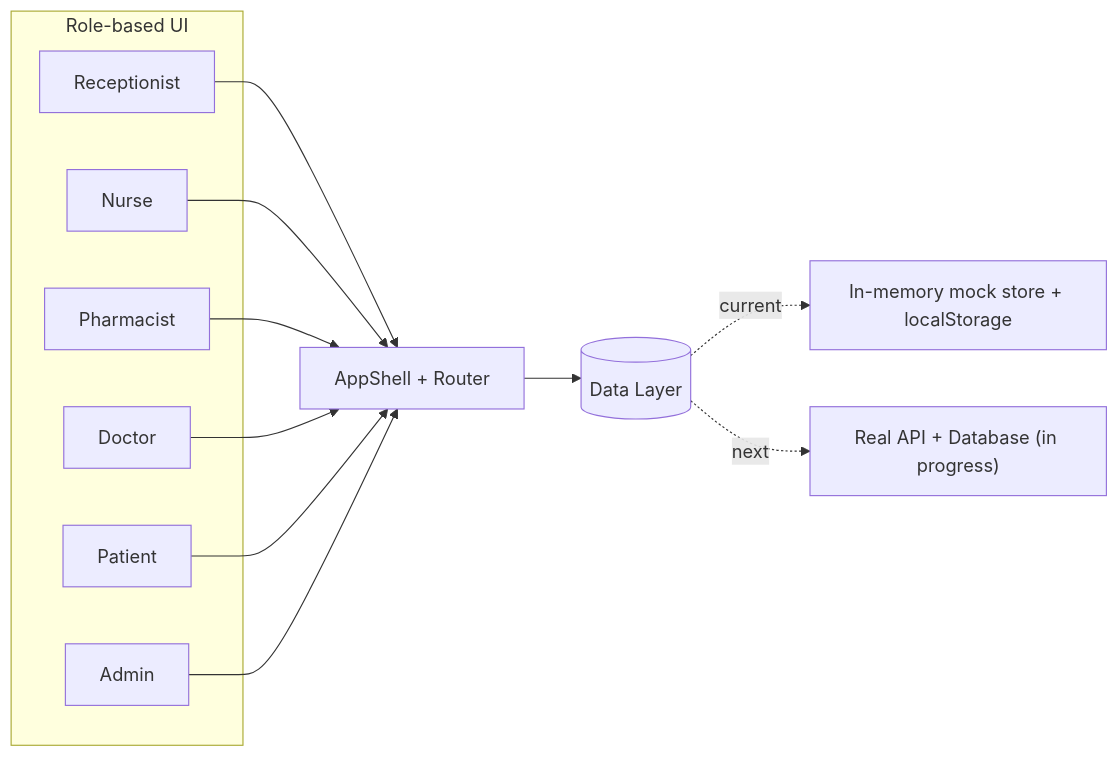
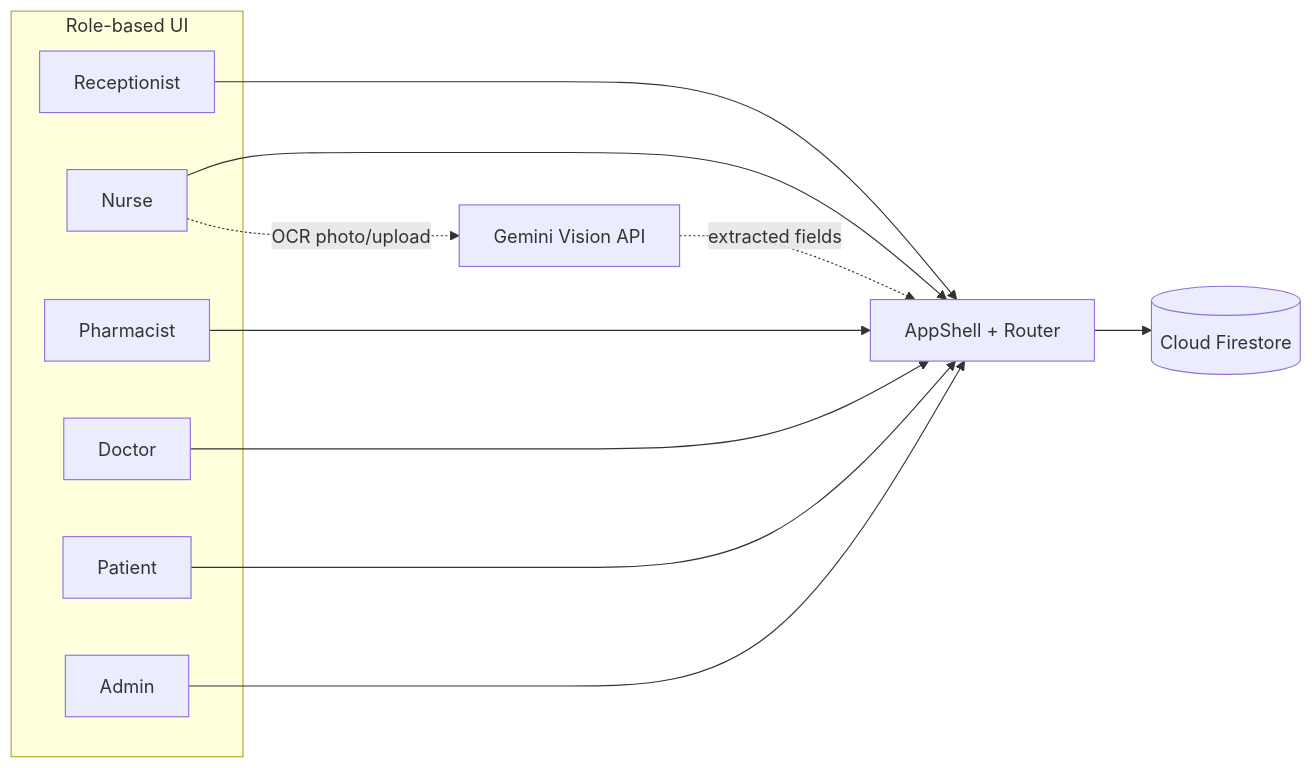
Before and after one commit to SimbaZero/Zennith-Github: the diagram in README.md, drawn with Mermaid. The commit also changed other lines of this file and 2 other files, not shown here.

Commit message:
docs(nurse): log schema decisions, add two-clinic demo seed script, update README

````diff
--- a/README.md
+++ b/README.md
@@ -130,22 +141,22 @@
 ```mermaid
 flowchart LR
     subgraph Clients["Role-based UI"]
         Rec[Receptionist]
         Nur[Nurse]
         Phm[Pharmacist]
         Doc[Doctor]
         Pat[Patient]
         Adm[Admin]
     end
 
     Rec --> Shell[AppShell + Router]
     Nur --> Shell
     Phm --> Shell
     Doc --> Shell
     Pat --> Shell
     Adm --> Shell
 
-    Shell --> Data[(Data Layer)]
-    Data -.current.-> Mock["In-memory mock store + localStorage"]
-    Data -.next.-> Backend["Real API + Database (in progress)"]
+    Shell --> Data[(Cloud Firestore)]
+    Nur -.OCR photo/upload.-> Gemini[Gemini Vision API]
+    Gemini -.extracted fields.-> Shell
 ```
````
